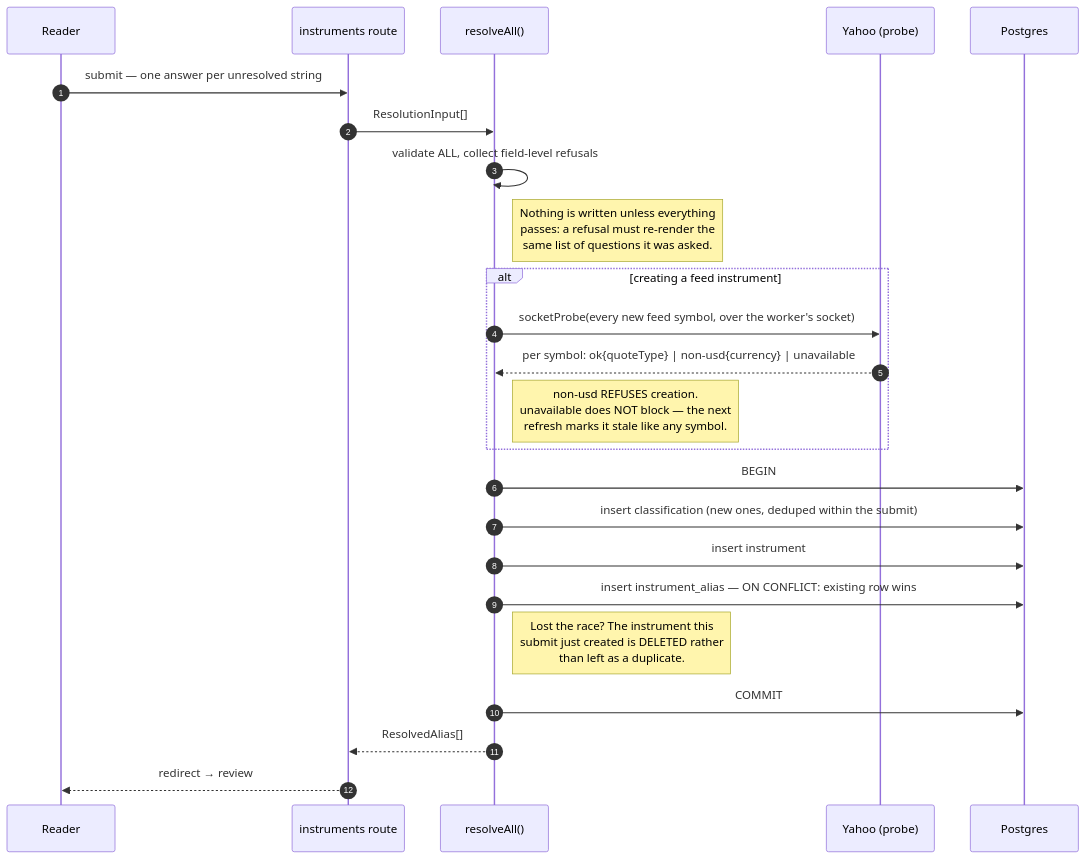
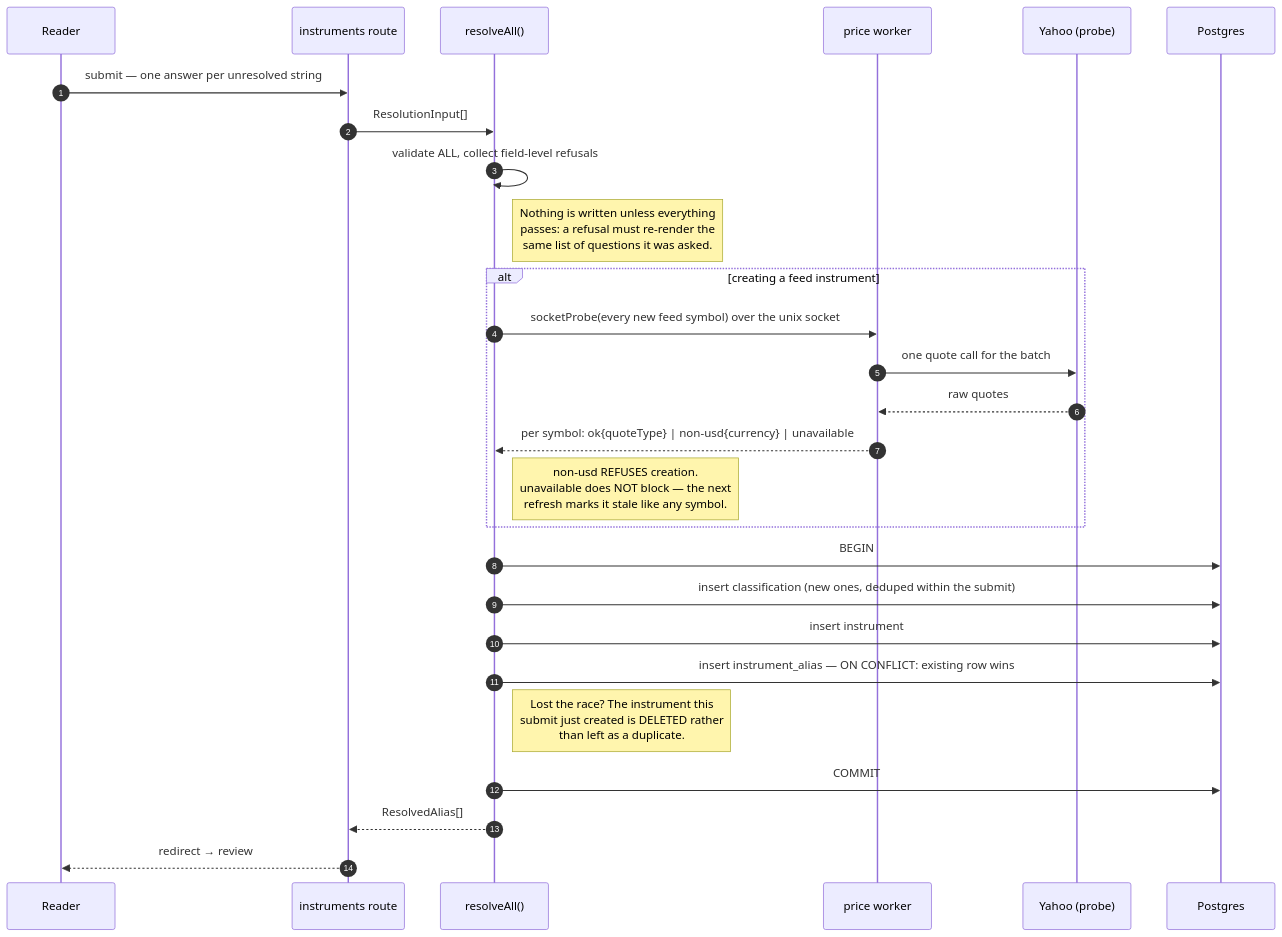
The eighth of 11 diagrams in ARCHITECTURE.md (chethan123/portfolio), drawn with Mermaid before and after one commit. The commit also changed 3 other files, not shown here.

First line of the commit message:
Refuse an empty answer the worker never meant to send, and scrub a stored symbol

````diff
--- a/ARCHITECTURE.md
+++ b/ARCHITECTURE.md
@@ -1011,27 +1011,30 @@
 ```mermaid
 sequenceDiagram
     autonumber
     participant U as Reader
     participant R as instruments route
     participant IR as resolveAll()
+    participant W as price worker
     participant Y as Yahoo (probe)
     participant PG as Postgres
 
     U->>R: submit — one answer per unresolved string
     R->>IR: ResolutionInput[]
     IR->>IR: validate ALL, collect field-level refusals
     Note right of IR: Nothing is written unless everything<br/>passes: a refusal must re-render the<br/>same list of questions it was asked.
     alt creating a feed instrument
-        IR->>Y: socketProbe(every new feed symbol, over the worker's socket)
-        Y-->>IR: per symbol: ok{quoteType} | non-usd{currency} | unavailable
+        IR->>W: socketProbe(every new feed symbol) over the unix socket
+        W->>Y: one quote call for the batch
+        Y-->>W: raw quotes
+        W-->>IR: per symbol: ok{quoteType} | non-usd{currency} | unavailable
         Note right of IR: non-usd REFUSES creation.<br/>unavailable does NOT block — the next<br/>refresh marks it stale like any symbol.
     end
     IR->>PG: BEGIN
     IR->>PG: insert classification (new ones, deduped within the submit)
     IR->>PG: insert instrument
     IR->>PG: insert instrument_alias — ON CONFLICT: existing row wins
     Note right of IR: Lost the race? The instrument this<br/>submit just created is DELETED rather<br/>than left as a duplicate.
     IR->>PG: COMMIT
     IR-->>R: ResolvedAlias[]
     R-->>U: redirect → review
 ```
````
